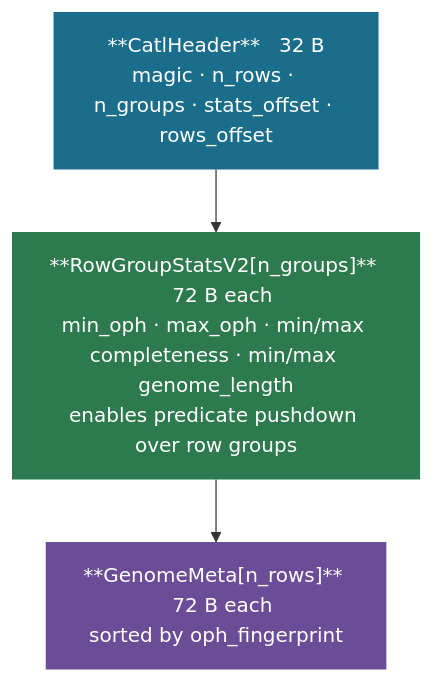
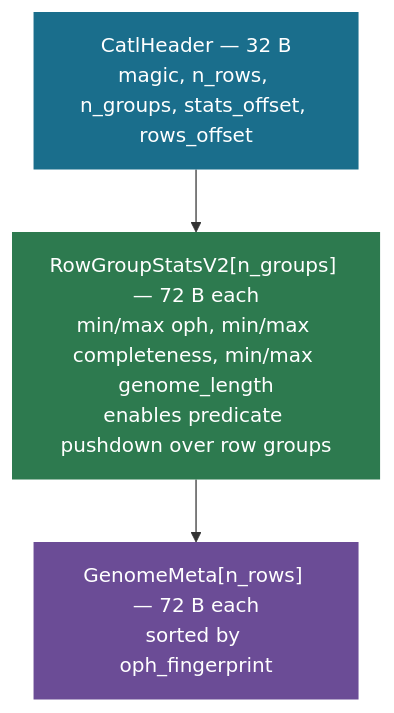
One commit to genomewalker/genopack changed the third of 3 diagrams in docs/format.md. Above: the diagram before and after it, drawn with Mermaid. The commit also changed other lines of this file and 1 other file, not shown here.

Commit message:
docs: fix Mermaid rendering - explicit JS, safe label syntax

````diff
--- a/docs/format.md
+++ b/docs/format.md
@@ -86,12 +86,12 @@
 ```mermaid
 flowchart TB
-    ch["**CatlHeader** &nbsp; 32 B\nmagic · n_rows · n_groups · stats_offset · rows_offset"]
-    rgs["**RowGroupStatsV2[n_groups]** &nbsp; 72 B each\nmin_oph · max_oph · min/max completeness · min/max genome_length\nenables predicate pushdown over row groups"]
-    rows["**GenomeMeta[n_rows]** &nbsp; 72 B each\nsorted by oph_fingerprint"]
+    ch["CatlHeader — 32 B<br/>magic, n_rows, n_groups, stats_offset, rows_offset"]
+    rgs["RowGroupStatsV2[n_groups] — 72 B each<br/>min/max oph, min/max completeness, min/max genome_length<br/>enables predicate pushdown over row groups"]
+    rows["GenomeMeta[n_rows] — 72 B each<br/>sorted by oph_fingerprint"]
 
     ch --> rgs --> rows
 
     style ch   fill:#1a6e8c,color:#fff,stroke:none
     style rgs  fill:#2d7a4f,color:#fff,stroke:none
     style rows fill:#6b4c96,color:#fff,stroke:none
 ```
````
